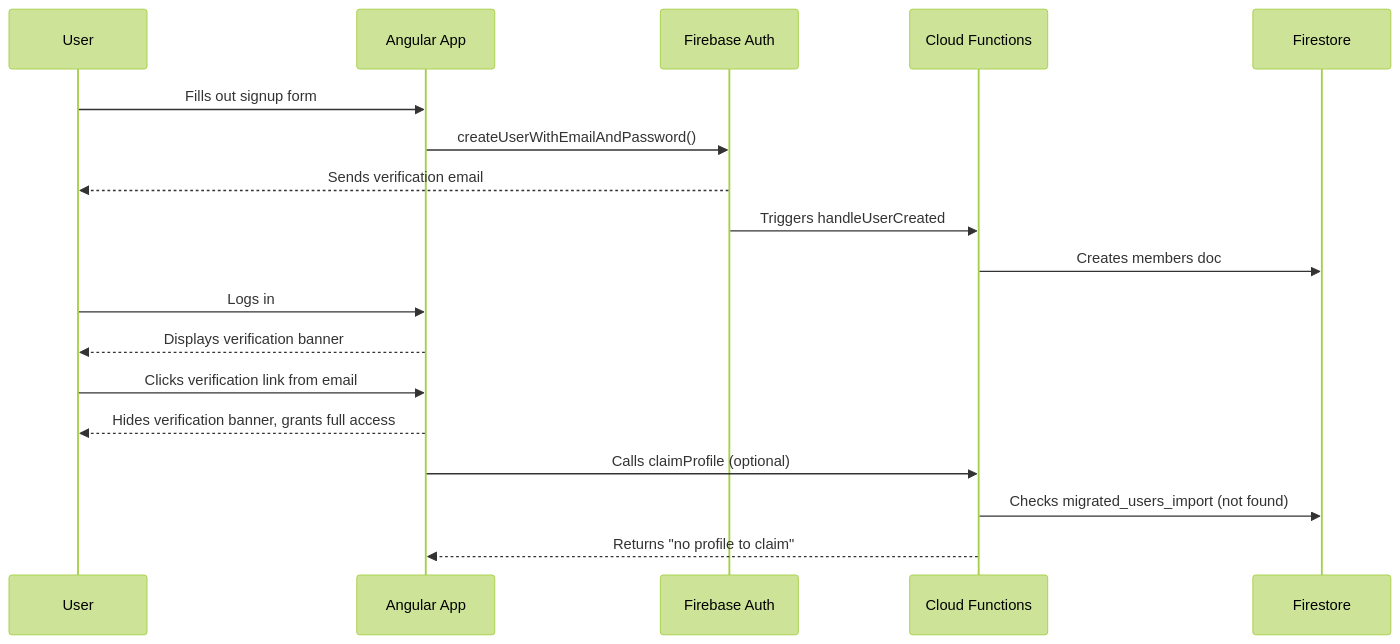
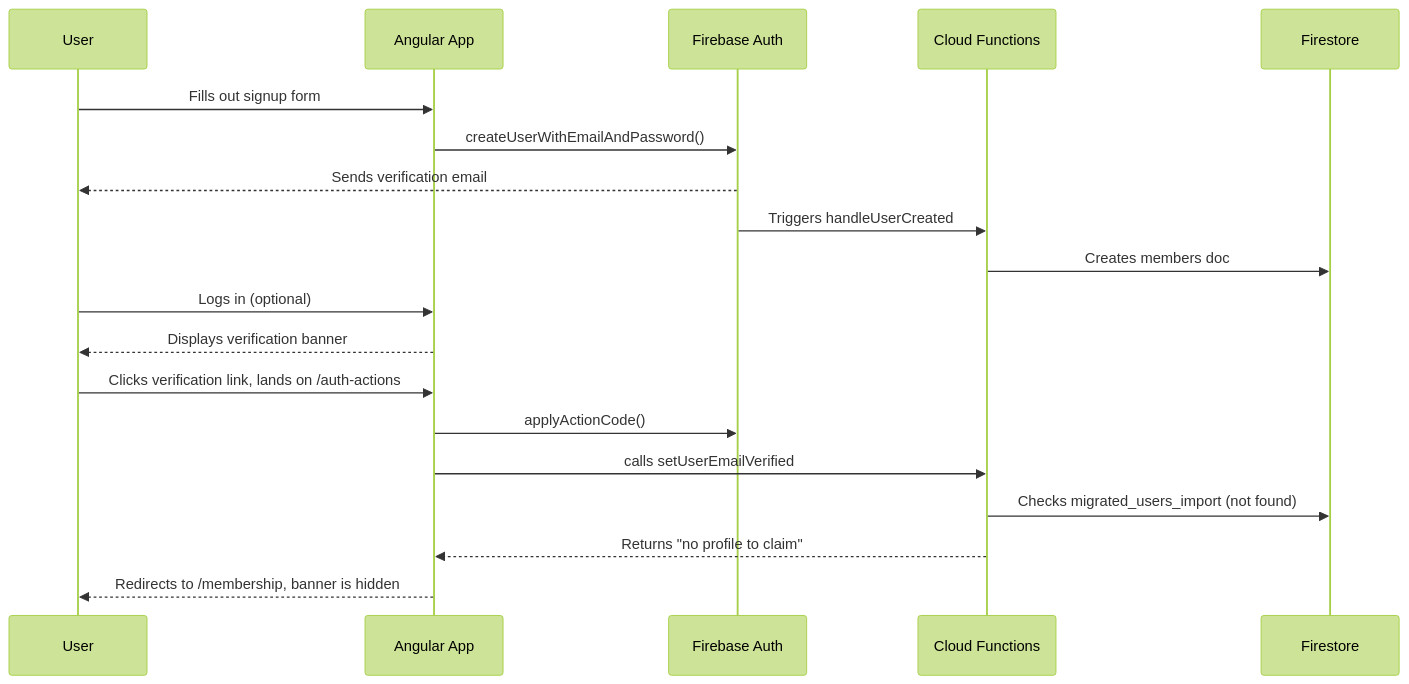
The first of 2 diagrams in user-flows.md (markgoho/doula-cooperative), drawn with Mermaid (forest theme) before and after one commit. The commit also changed other lines of this file and 9 other files, not shown here.

First line of the commit message:
Implement profile claiming and email verification enhancements

````diff
--- a/user-flows.md
+++ b/user-flows.md
@@ -18,21 +18,23 @@
 ```mermaid
 sequenceDiagram
     participant User
     participant AngularApp as Angular App
     participant FirebaseAuth as Firebase Auth
     participant CloudFunctions as Cloud Functions
     participant Firestore
 
     User->>AngularApp: Fills out signup form
     AngularApp->>FirebaseAuth: createUserWithEmailAndPassword()
     FirebaseAuth-->>User: Sends verification email
     FirebaseAuth->>CloudFunctions: Triggers handleUserCreated
     CloudFunctions->>Firestore: Creates members doc
-    User->>AngularApp: Logs in
+    User->>AngularApp: Logs in (optional)
     AngularApp-->>User: Displays verification banner
-    User->>AngularApp: Clicks verification link from email
-    AngularApp-->>User: Hides verification banner, grants full access
-    AngularApp->>CloudFunctions: Calls claimProfile (optional)
+
+    User->>AngularApp: Clicks verification link, lands on /auth-actions
+    AngularApp->>FirebaseAuth: applyActionCode()
+    AngularApp->>CloudFunctions: calls setUserEmailVerified
     CloudFunctions->>Firestore: Checks migrated_users_import (not found)
     CloudFunctions-->>AngularApp: Returns "no profile to claim"
+    AngularApp-->>User: Redirects to /membership, banner is hidden
 ```
````
